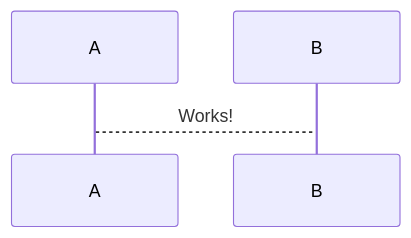
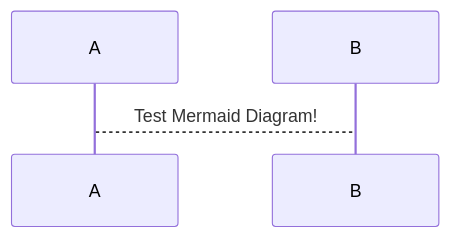
Before and after one commit to SuperHueseyin/DokuWiki: the diagram in README.md, drawn with Mermaid.

Commit message:
add test hint message

````diff
--- a/README.md
+++ b/README.md
@@ -3,4 +3,4 @@
 ```mermaid
 sequenceDiagram
-  A-->B: Works!
+  A-->B: Test Mermaid Diagram!
 ```
````
